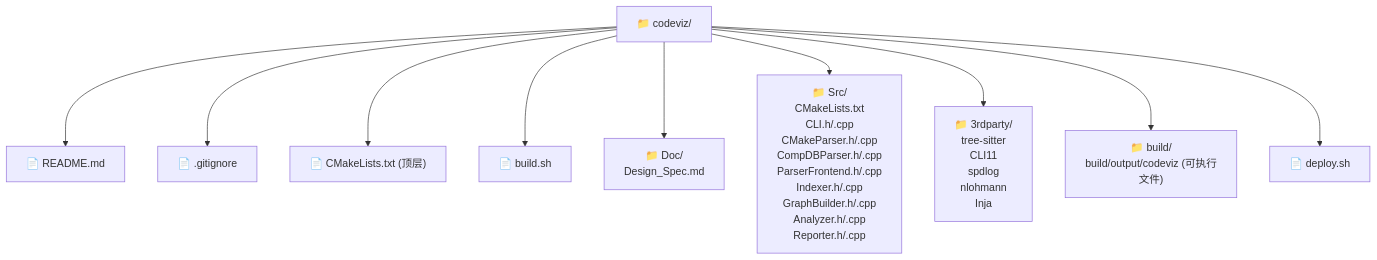
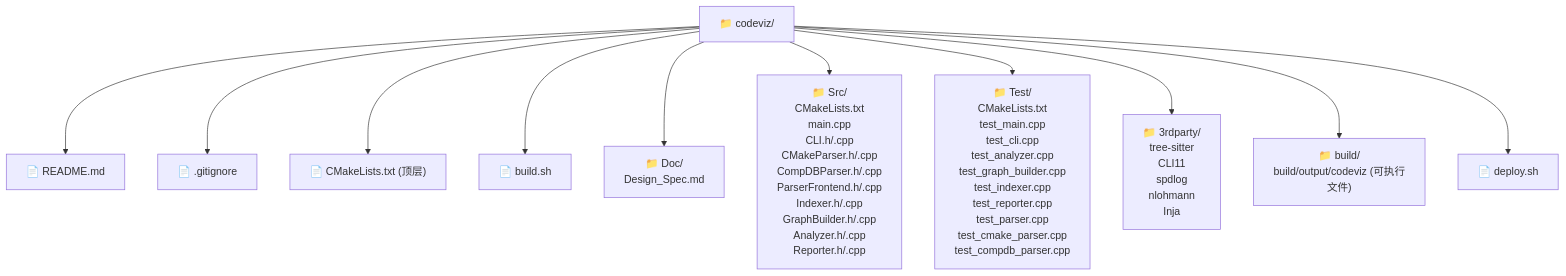
The fifth of 6 diagrams in codeviz/Doc/architecture.md (gzgy-leoyang/codeviz), drawn with Mermaid before and after one commit. The commit also changed other lines of this file and 21 other files, not shown here.

````diff
--- a/codeviz/Doc/architecture.md
+++ b/codeviz/Doc/architecture.md
@@ -193,20 +193,22 @@
 ```mermaid
 graph TD
     ROOT["📁 codeviz/"]
     
     ROOT --> R1["📄 README.md"]
     ROOT --> R2["📄 .gitignore"]
     ROOT --> R3["📄 CMakeLists.txt (顶层)"]
     ROOT --> R4["📄 build.sh"]
     
     ROOT --> D1["📁 Doc/<br>Design_Spec.md"]
     
-    ROOT --> S1["📁 Src/<br>CMakeLists.txt<br>CLI.h/.cpp<br>CMakeParser.h/.cpp<br>CompDBParser.h/.cpp<br>ParserFrontend.h/.cpp<br>Indexer.h/.cpp<br>GraphBuilder.h/.cpp<br>Analyzer.h/.cpp<br>Reporter.h/.cpp"]
+    ROOT --> S1["📁 Src/<br>CMakeLists.txt<br>main.cpp<br>CLI.h/.cpp<br>CMakeParser.h/.cpp<br>CompDBParser.h/.cpp<br>ParserFrontend.h/.cpp<br>Indexer.h/.cpp<br>GraphBuilder.h/.cpp<br>Analyzer.h/.cpp<br>Reporter.h/.cpp"]
+    
+    ROOT --> TST["📁 Test/<br>CMakeLists.txt<br>test_main.cpp<br>test_cli.cpp<br>test_analyzer.cpp<br>test_graph_builder.cpp<br>test_indexer.cpp<br>test_reporter.cpp<br>test_parser.cpp<br>test_cmake_parser.cpp<br>test_compdb_parser.cpp"]
     
     ROOT --> T1["📁 3rdparty/<br>tree-sitter<br>CLI11<br>spdlog<br>nlohmann<br>Inja"]
     
     ROOT --> B1["📁 build/<br>build/output/codeviz (可执行文件)"]
     
     ROOT --> DP["📄 deploy.sh"]
 
 ```
````
